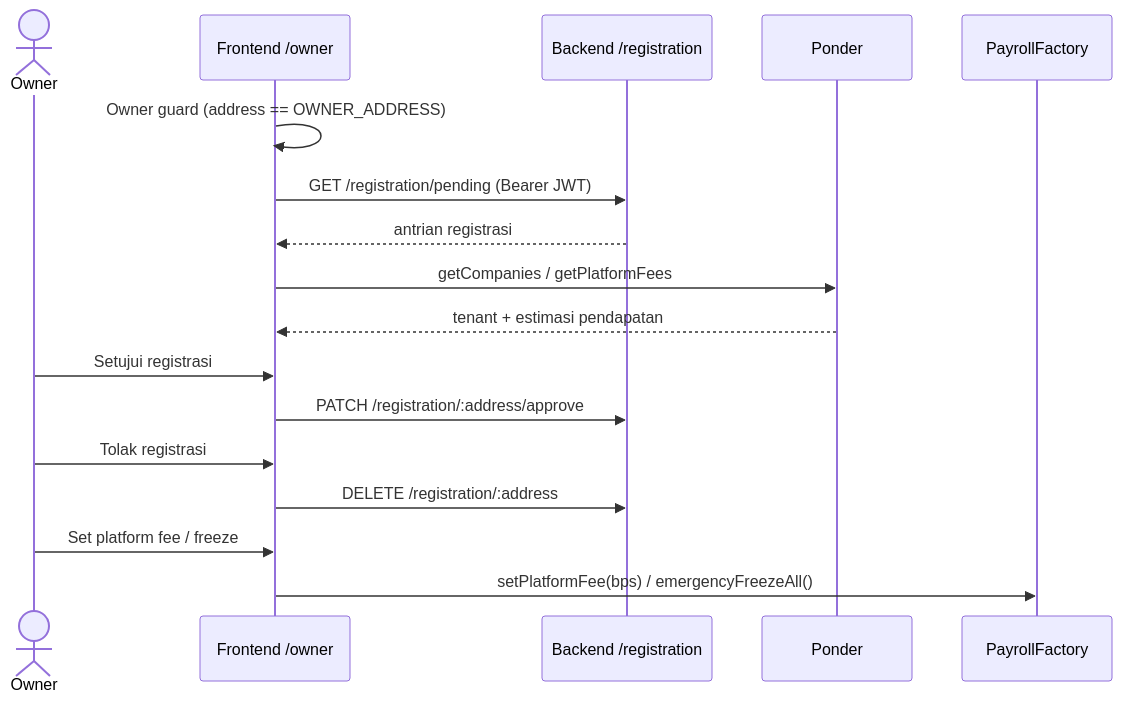
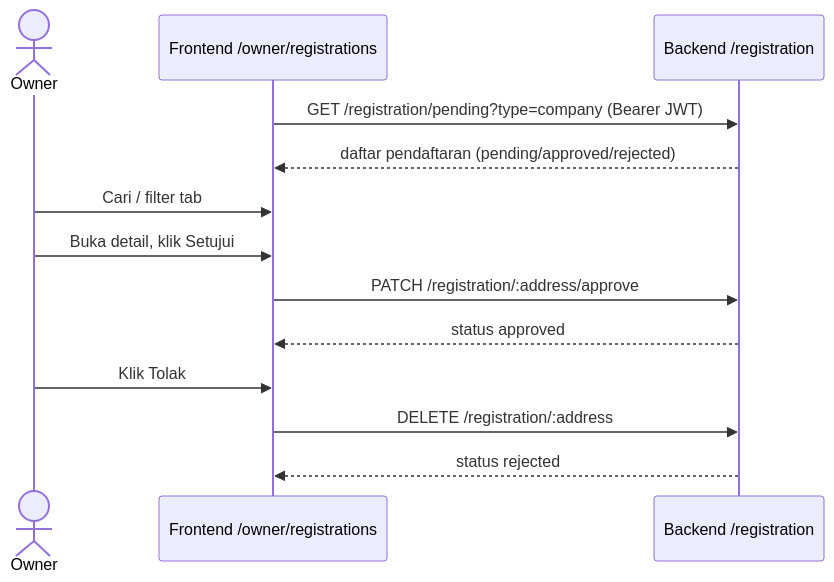
One commit to skripsi-payroll-dapp/docs changed diagram 48 of 51 in docs/DPPL.md. Above: the diagram before and after it, drawn with Mermaid. The commit also changed other lines of this file, not shown here.

First line of the commit message:
Fix DPPL.md §2.4.4: document all 6 Owner SaaS pages, not just 2

````diff
--- a/docs/DPPL.md
+++ b/docs/DPPL.md
@@ -3566,19 +3714,15 @@
 ```mermaid
 sequenceDiagram
     actor O as Owner
-    participant FE as Frontend /owner
+    participant FE as Frontend /owner/registrations
     participant BE as Backend /registration
-    participant PO as Ponder
-    participant F as PayrollFactory
-    FE->>FE: Owner guard (address == OWNER_ADDRESS)
-    FE->>BE: GET /registration/pending (Bearer JWT)
-    BE-->>FE: antrian registrasi
-    FE->>PO: getCompanies / getPlatformFees
-    PO-->>FE: tenant + estimasi pendapatan
-    O->>FE: Setujui registrasi
+    FE->>BE: GET /registration/pending?type=company (Bearer JWT)
+    BE-->>FE: daftar pendaftaran (pending/approved/rejected)
+    O->>FE: Cari / filter tab
+    O->>FE: Buka detail, klik Setujui
     FE->>BE: PATCH /registration/:address/approve
-    O->>FE: Tolak registrasi
+    BE-->>FE: status approved
+    O->>FE: Klik Tolak
     FE->>BE: DELETE /registration/:address
-    O->>FE: Set platform fee / freeze
-    FE->>F: setPlatformFee(bps) / emergencyFreezeAll()
+    BE-->>FE: status rejected
 ```
````
